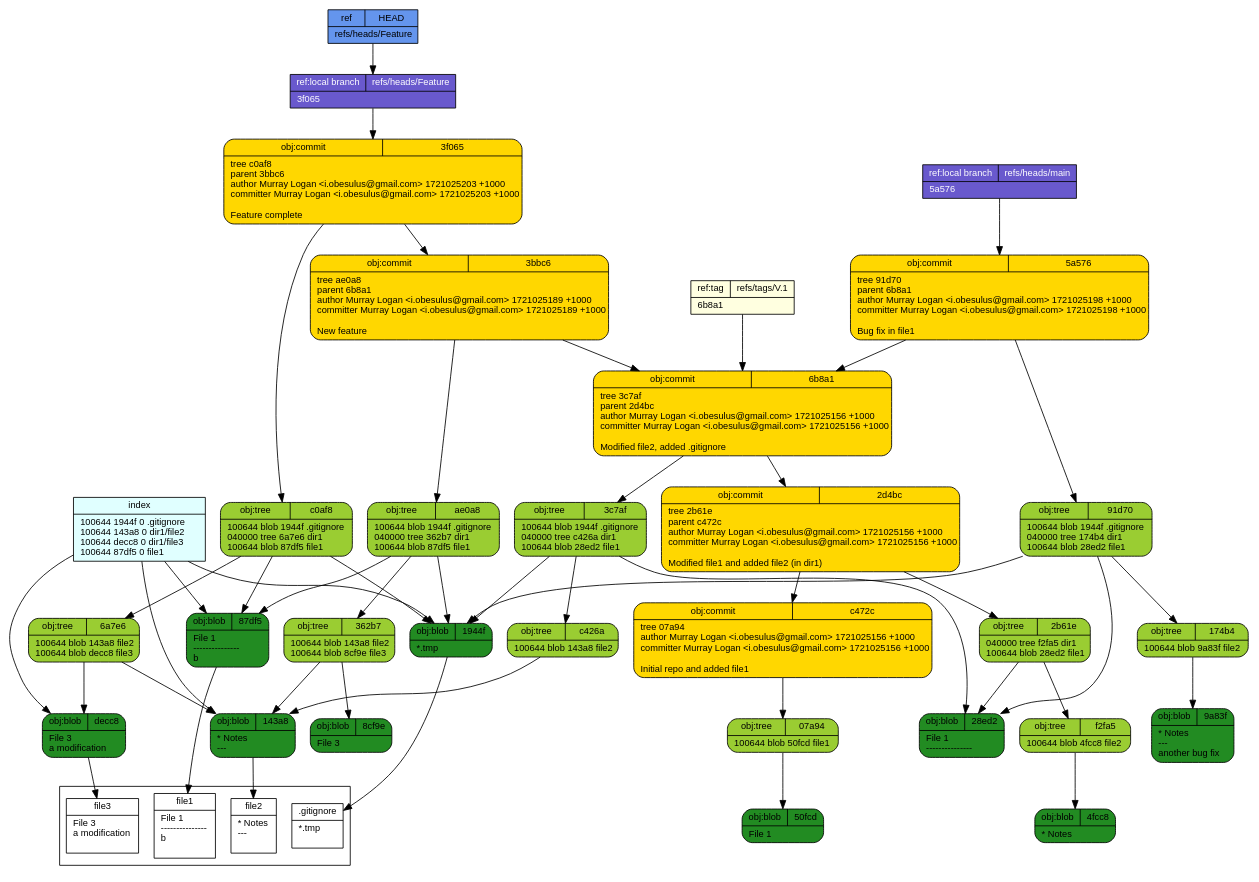
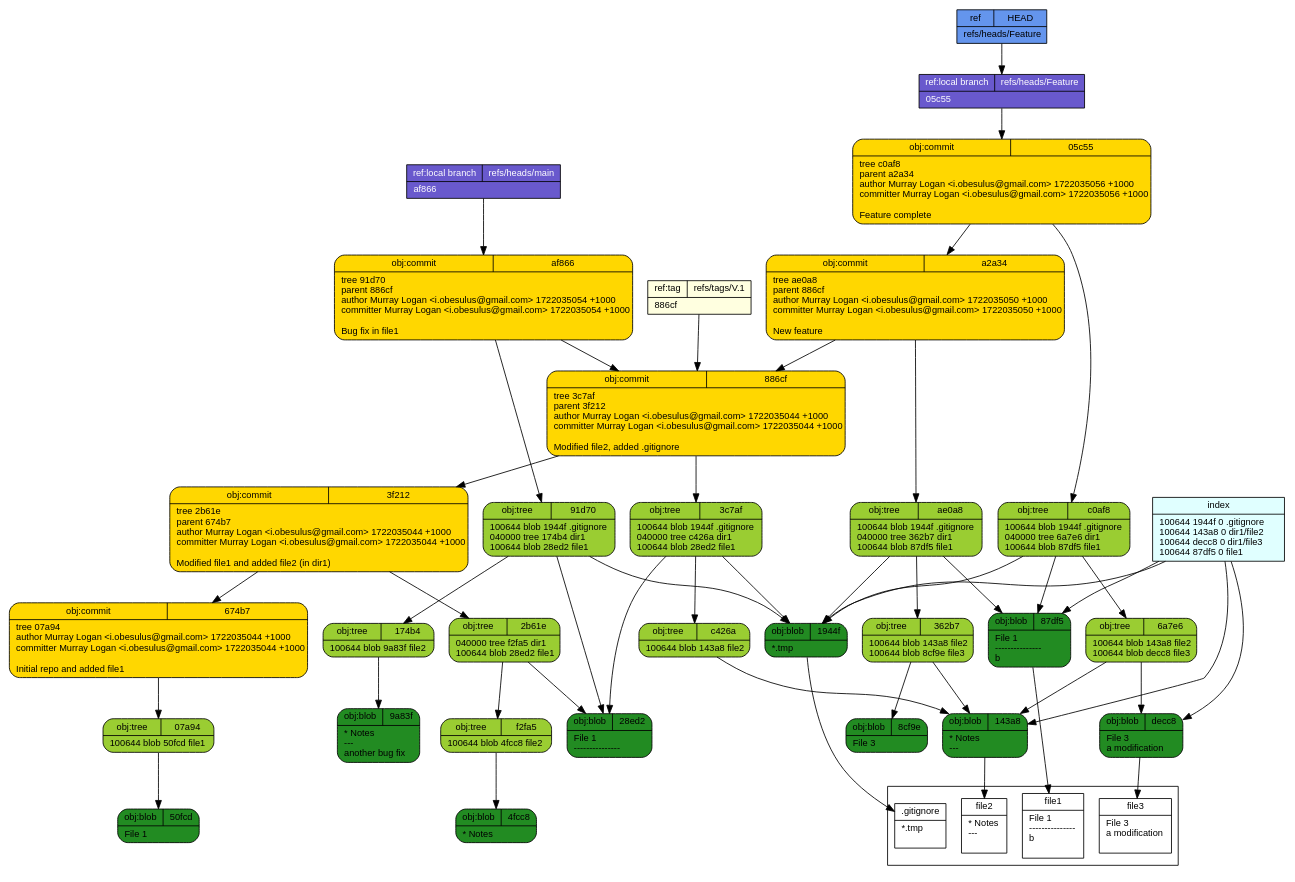
One commit to pcinereus/SUYRs_documents changed the diagram in tut/git-draw.dot. Above: the diagram before and after it, drawn with Graphviz. The commit also changed 2 other files, not shown here.

```diff
--- a/tut/git-draw.dot
+++ b/tut/git-draw.dot
@@ -1,59 +1,59 @@
 digraph structs {
   node [shape=record,fontsize=11,fontname="arial"];
   rankdir="TB";
-  _3bbc6 [fillcolor="gold", style="filled,rounded", label="{{obj:commit|3bbc6}|tree\ ae0a8\lparent\ 6b8a1\lauthor\ Murray\ Logan\ \<i\.obesulus\@gmail\.com\>\ 1721025189\ \+1000\lcommitter\ Murray\ Logan\ \<i\.obesulus\@gmail\.com\>\ 1721025189\ \+1000\l\lNew\ feature\l}"]  _3bbc6 -> _ae0a8
-  _3bbc6 -> _6b8a1
   _3c7af [fillcolor="yellowgreen", style="filled,rounded", label="{{obj:tree|3c7af}|100644\ blob\ 1944f\	\.gitignore\l040000\ tree\ c426a\	dir1\l100644\ blob\ 28ed2\	file1\l}"]  _3c7af -> _1944f
   _3c7af -> _c426a
   _3c7af -> _28ed2
   _c0af8 [fillcolor="yellowgreen", style="filled,rounded", label="{{obj:tree|c0af8}|100644\ blob\ 1944f\	\.gitignore\l040000\ tree\ 6a7e6\	dir1\l100644\ blob\ 87df5\	file1\l}"]  _c0af8 -> _1944f
   _c0af8 -> _6a7e6
   _c0af8 -> _87df5
   _91d70 [fillcolor="yellowgreen", style="filled,rounded", label="{{obj:tree|91d70}|100644\ blob\ 1944f\	\.gitignore\l040000\ tree\ 174b4\	dir1\l100644\ blob\ 28ed2\	file1\l}"]  _91d70 -> _1944f
   _91d70 -> _174b4
   _91d70 -> _28ed2
   _f2fa5 [fillcolor="yellowgreen", style="filled,rounded", label="{{obj:tree|f2fa5}|100644\ blob\ 4fcc8\	file2\l}"]  _f2fa5 -> _4fcc8
-  _2d4bc [fillcolor="gold", style="filled,rounded", label="{{obj:commit|2d4bc}|tree\ 2b61e\lparent\ c472c\lauthor\ Murray\ Logan\ \<i\.obesulus\@gmail\.com\>\ 1721025156\ \+1000\lcommitter\ Murray\ Logan\ \<i\.obesulus\@gmail\.com\>\ 1721025156\ \+1000\l\lModified\ file1\ and\ added\ file2\ \(in\ dir1\)\l}"]  _2d4bc -> _2b61e
-  _2d4bc -> _c472c
   _174b4 [fillcolor="yellowgreen", style="filled,rounded", label="{{obj:tree|174b4}|100644\ blob\ 9a83f\	file2\l}"]  _174b4 -> _9a83f
   _07a94 [fillcolor="yellowgreen", style="filled,rounded", label="{{obj:tree|07a94}|100644\ blob\ 50fcd\	file1\l}"]  _07a94 -> _50fcd
-  _50fcd [fillcolor="forestgreen", style="filled,rounded", label="{{obj:blob|50fcd}|File\ 1\l}"]  _8cf9e [fillcolor="forestgreen", style="filled,rounded", label="{{obj:blob|8cf9e}|File\ 3\l}"]  _143a8 [fillcolor="forestgreen", style="filled,rounded", label="{{obj:blob|143a8}|\*\ Notes\l\-\-\-\l}"]  _6b8a1 [fillcolor="gold", style="filled,rounded", label="{{obj:commit|6b8a1}|tree\ 3c7af\lparent\ 2d4bc\lauthor\ Murray\ Logan\ \<i\.obesulus\@gmail\.com\>\ 1721025156\ \+1000\lcommitter\ Murray\ Logan\ \<i\.obesulus\@gmail\.com\>\ 1721025156\ \+1000\l\lModified\ file2\,\ added\ \.gitignore\l}"]  _6b8a1 -> _3c7af
-  _6b8a1 -> _2d4bc
-  _28ed2 [fillcolor="forestgreen", style="filled,rounded", label="{{obj:blob|28ed2}|File\ 1\l\-\-\-\-\-\-\-\-\-\-\-\-\-\-\-\l}"]  _3f065 [fillcolor="gold", style="filled,rounded", label="{{obj:commit|3f065}|tree\ c0af8\lparent\ 3bbc6\lauthor\ Murray\ Logan\ \<i\.obesulus\@gmail\.com\>\ 1721025203\ \+1000\lcommitter\ Murray\ Logan\ \<i\.obesulus\@gmail\.com\>\ 1721025203\ \+1000\l\lFeature\ complete\l}"]  _3f065 -> _c0af8
-  _3f065 -> _3bbc6
+  _af866 [fillcolor="gold", style="filled,rounded", label="{{obj:commit|af866}|tree\ 91d70\lparent\ 886cf\lauthor\ Murray\ Logan\ \<i\.obesulus\@gmail\.com\>\ 1722035054\ \+1000\lcommitter\ Murray\ Logan\ \<i\.obesulus\@gmail\.com\>\ 1722035054\ \+1000\l\lBug\ fix\ in\ file1\l}"]  _af866 -> _91d70
+  _af866 -> _886cf
+  _50fcd [fillcolor="forestgreen", style="filled,rounded", label="{{obj:blob|50fcd}|File\ 1\l}"]  _8cf9e [fillcolor="forestgreen", style="filled,rounded", label="{{obj:blob|8cf9e}|File\ 3\l}"]  _143a8 [fillcolor="forestgreen", style="filled,rounded", label="{{obj:blob|143a8}|\*\ Notes\l\-\-\-\l}"]  _28ed2 [fillcolor="forestgreen", style="filled,rounded", label="{{obj:blob|28ed2}|File\ 1\l\-\-\-\-\-\-\-\-\-\-\-\-\-\-\-\l}"]  _a2a34 [fillcolor="gold", style="filled,rounded", label="{{obj:commit|a2a34}|tree\ ae0a8\lparent\ 886cf\lauthor\ Murray\ Logan\ \<i\.obesulus\@gmail\.com\>\ 1722035050\ \+1000\lcommitter\ Murray\ Logan\ \<i\.obesulus\@gmail\.com\>\ 1722035050\ \+1000\l\lNew\ feature\l}"]  _a2a34 -> _ae0a8
+  _a2a34 -> _886cf
+  _886cf [fillcolor="gold", style="filled,rounded", label="{{obj:commit|886cf}|tree\ 3c7af\lparent\ 3f212\lauthor\ Murray\ Logan\ \<i\.obesulus\@gmail\.com\>\ 1722035044\ \+1000\lcommitter\ Murray\ Logan\ \<i\.obesulus\@gmail\.com\>\ 1722035044\ \+1000\l\lModified\ file2\,\ added\ \.gitignore\l}"]  _886cf -> _3c7af
+  _886cf -> _3f212
+  _3f212 [fillcolor="gold", style="filled,rounded", label="{{obj:commit|3f212}|tree\ 2b61e\lparent\ 674b7\lauthor\ Murray\ Logan\ \<i\.obesulus\@gmail\.com\>\ 1722035044\ \+1000\lcommitter\ Murray\ Logan\ \<i\.obesulus\@gmail\.com\>\ 1722035044\ \+1000\l\lModified\ file1\ and\ added\ file2\ \(in\ dir1\)\l}"]  _3f212 -> _2b61e
+  _3f212 -> _674b7
+  _674b7 [fillcolor="gold", style="filled,rounded", label="{{obj:commit|674b7}|tree\ 07a94\lauthor\ Murray\ Logan\ \<i\.obesulus\@gmail\.com\>\ 1722035044\ \+1000\lcommitter\ Murray\ Logan\ \<i\.obesulus\@gmail\.com\>\ 1722035044\ \+1000\l\lInitial\ repo\ and\ added\ file1\l}"]  _674b7 -> _07a94
   _2b61e [fillcolor="yellowgreen", style="filled,rounded", label="{{obj:tree|2b61e}|040000\ tree\ f2fa5\	dir1\l100644\ blob\ 28ed2\	file1\l}"]  _2b61e -> _f2fa5
   _2b61e -> _28ed2
   _4fcc8 [fillcolor="forestgreen", style="filled,rounded", label="{{obj:blob|4fcc8}|\*\ Notes\l}"]  _ae0a8 [fillcolor="yellowgreen", style="filled,rounded", label="{{obj:tree|ae0a8}|100644\ blob\ 1944f\	\.gitignore\l040000\ tree\ 362b7\	dir1\l100644\ blob\ 87df5\	file1\l}"]  _ae0a8 -> _1944f
   _ae0a8 -> _362b7
   _ae0a8 -> _87df5
+  _05c55 [fillcolor="gold", style="filled,rounded", label="{{obj:commit|05c55}|tree\ c0af8\lparent\ a2a34\lauthor\ Murray\ Logan\ \<i\.obesulus\@gmail\.com\>\ 1722035056\ \+1000\lcommitter\ Murray\ Logan\ \<i\.obesulus\@gmail\.com\>\ 1722035056\ \+1000\l\lFeature\ complete\l}"]  _05c55 -> _c0af8
+  _05c55 -> _a2a34
   _9a83f [fillcolor="forestgreen", style="filled,rounded", label="{{obj:blob|9a83f}|\*\ Notes\l\-\-\-\l\ another\ bug\ fix\l}"]  _6a7e6 [fillcolor="yellowgreen", style="filled,rounded", label="{{obj:tree|6a7e6}|100644\ blob\ 143a8\	file2\l100644\ blob\ decc8\	file3\l}"]  _6a7e6 -> _143a8
   _6a7e6 -> _decc8
-  _c472c [fillcolor="gold", style="filled,rounded", label="{{obj:commit|c472c}|tree\ 07a94\lauthor\ Murray\ Logan\ \<i\.obesulus\@gmail\.com\>\ 1721025156\ \+1000\lcommitter\ Murray\ Logan\ \<i\.obesulus\@gmail\.com\>\ 1721025156\ \+1000\l\lInitial\ repo\ and\ added\ file1\l}"]  _c472c -> _07a94
   _c426a [fillcolor="yellowgreen", style="filled,rounded", label="{{obj:tree|c426a}|100644\ blob\ 143a8\	file2\l}"]  _c426a -> _143a8
   _1944f [fillcolor="forestgreen", style="filled,rounded", label="{{obj:blob|1944f}|\*\.tmp\l}"]  _362b7 [fillcolor="yellowgreen", style="filled,rounded", label="{{obj:tree|362b7}|100644\ blob\ 143a8\	file2\l100644\ blob\ 8cf9e\	file3\l}"]  _362b7 -> _143a8
   _362b7 -> _8cf9e
-  _decc8 [fillcolor="forestgreen", style="filled,rounded", label="{{obj:blob|decc8}|File\ 3\l\ a\ modification\l}"]  _5a576 [fillcolor="gold", style="filled,rounded", label="{{obj:commit|5a576}|tree\ 91d70\lparent\ 6b8a1\lauthor\ Murray\ Logan\ \<i\.obesulus\@gmail\.com\>\ 1721025198\ \+1000\lcommitter\ Murray\ Logan\ \<i\.obesulus\@gmail\.com\>\ 1721025198\ \+1000\l\lBug\ fix\ in\ file1\l}"]  _5a576 -> _91d70
-  _5a576 -> _6b8a1
-  _87df5 [fillcolor="forestgreen", style="filled,rounded", label="{{obj:blob|87df5}|File\ 1\l\-\-\-\-\-\-\-\-\-\-\-\-\-\-\-\lb\l}"]  _refs___heads___Feature [style=filled, fillcolor=slateblue3, fontcolor = white,  label="{{ref:local branch|refs\/heads\/Feature}|3f065\l}"]
-  _refs___heads___Feature -> _3f065
-  _refs___heads___main [style=filled, fillcolor=slateblue3, fontcolor = white,  label="{{ref:local branch|refs\/heads\/main}|5a576\l}"]
-  _refs___heads___main -> _5a576
-  _refs___tags___V___1 [style=filled, fillcolor=lightyellow, fontcolor = black,  label="{{ref:tag|refs\/tags\/V\.1}|6b8a1\l}"]
-  _refs___tags___V___1 -> _6b8a1
+  _decc8 [fillcolor="forestgreen", style="filled,rounded", label="{{obj:blob|decc8}|File\ 3\l\ a\ modification\l}"]  _87df5 [fillcolor="forestgreen", style="filled,rounded", label="{{obj:blob|87df5}|File\ 1\l\-\-\-\-\-\-\-\-\-\-\-\-\-\-\-\lb\l}"]  _refs___heads___Feature [style=filled, fillcolor=slateblue3, fontcolor = white,  label="{{ref:local branch|refs\/heads\/Feature}|05c55\l}"]
+  _refs___heads___Feature -> _05c55
+  _refs___heads___main [style=filled, fillcolor=slateblue3, fontcolor = white,  label="{{ref:local branch|refs\/heads\/main}|af866\l}"]
+  _refs___heads___main -> _af866
+  _refs___tags___V___1 [style=filled, fillcolor=lightyellow, fontcolor = black,  label="{{ref:tag|refs\/tags\/V\.1}|886cf\l}"]
+  _refs___tags___V___1 -> _886cf
   _HEAD [style=filled, fillcolor=cornflowerblue, fontcolor=black,  label="{{ref|HEAD}|refs\/heads\/Feature\l}"]
   _HEAD -> _refs___heads___Feature
   index -> _1944f
   index -> _143a8
   index -> _decc8
   index -> _87df5
   index [style=filled, fillcolor=lightcyan, label="{{index}|100644\ 1944f\ 0\	\.gitignore\l100644\ 143a8\ 0\	dir1\/file2\l100644\ decc8\ 0\	dir1\/file3\l100644\ 87df5\ 0\	file1\l}"]
 subgraph cluster_1 {rank=sink  _gitignore [fillcolor="white", label="{{.gitignore}|*.tmp\l\l}"] 
   _file2 [fillcolor="white", label="{{file2}|* Notes\l---\l\l}"] 
   _file3 [fillcolor="white", label="{{file3}|File 3\l a modification\l\l}"] 
   _file1 [fillcolor="white", label="{{file1}|File 1\l---------------\lb\l\l}"] 
 }
  _1944f -> _gitignore
  _143a8 -> _file2
  _decc8 -> _file3
  _87df5 -> _file1
 }
```
